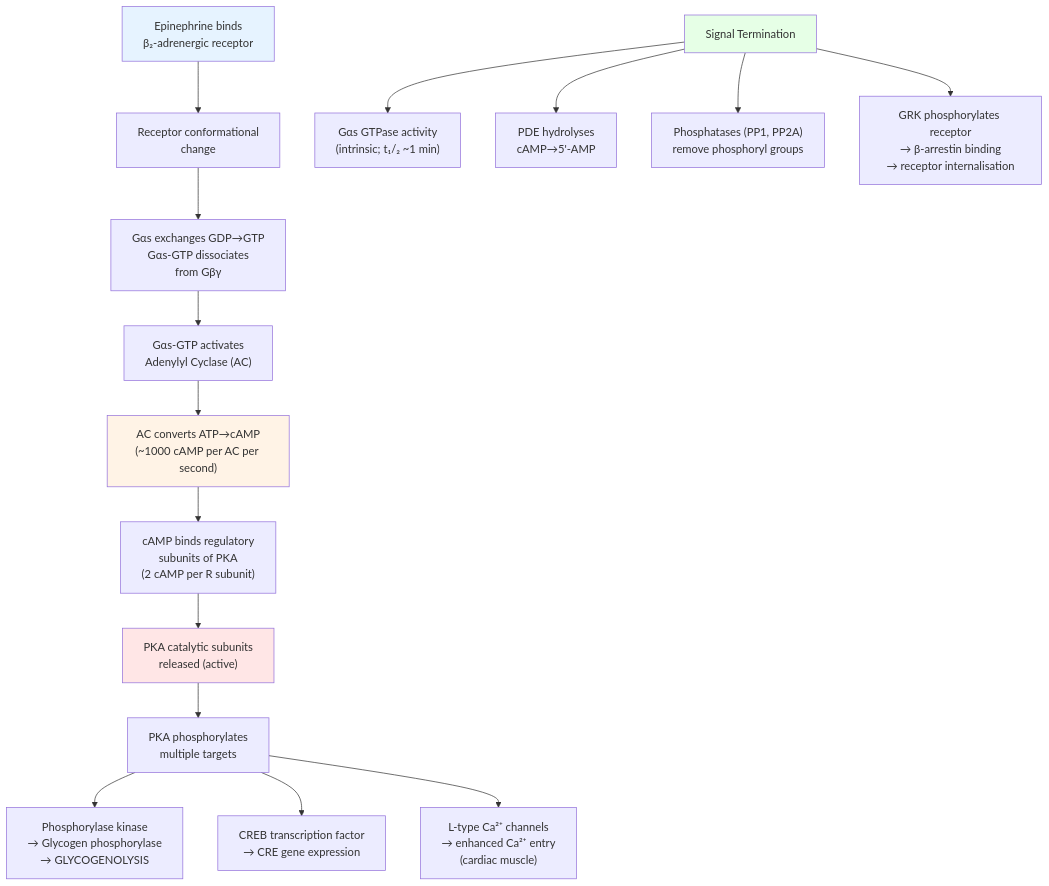
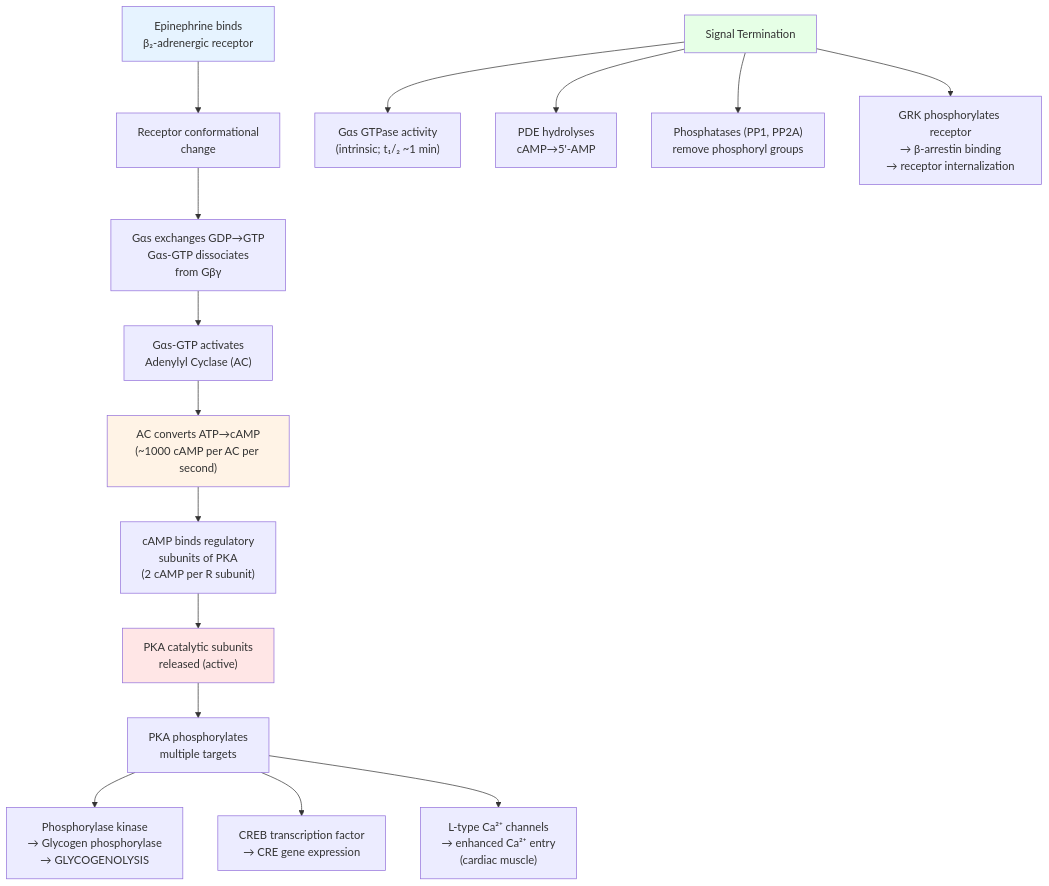
The first of 5 diagrams in manuscript/unit_II/cell_signaling.md (docxology/biology_textbook), drawn with Mermaid before and after one commit. The commit also changed other lines of this file and 247 other files, not shown here.

````diff
--- a/manuscript/unit_II/cell_signaling.md
+++ b/manuscript/unit_II/cell_signaling.md
@@ -242,24 +243,24 @@
 ```mermaid
 flowchart TD
     A["Epinephrine binds<br/>β₂-adrenergic receptor"] --> B["Receptor conformational<br/>change"]
     B --> C["Gαs exchanges GDP→GTP<br/>Gαs-GTP dissociates<br/>from Gβγ"]
     C --> D["Gαs-GTP activates<br/>Adenylyl Cyclase (AC)"]
     D --> E["AC converts ATP→cAMP<br/>(~1000 cAMP per AC per second)"]
     E --> F["cAMP binds regulatory<br/>subunits of PKA<br/>(2 cAMP per R subunit)"]
     F --> G["PKA catalytic subunits<br/>released (active)"]
     G --> H["PKA phosphorylates<br/>multiple targets"]
 
     H --> I["Phosphorylase kinase<br/>→ Glycogen phosphorylase<br/>→ GLYCOGENOLYSIS"]
     H --> J["CREB transcription factor<br/>→ CRE gene expression"]
     H --> K["L-type Ca²⁺ channels<br/>→ enhanced Ca²⁺ entry<br/>(cardiac muscle)"]
 
     L["Signal Termination"] --> M["Gαs GTPase activity<br/>(intrinsic; t₁/₂ ~1 min)"]
     L --> N["PDE hydrolyses<br/>cAMP→5'-AMP"]
     L --> O["Phosphatases (PP1, PP2A)<br/>remove phosphoryl groups"]
-    L --> P["GRK phosphorylates receptor<br/>→ β-arrestin binding<br/>→ receptor internalisation"]
+    L --> P["GRK phosphorylates receptor<br/>→ β-arrestin binding<br/>→ receptor internalization"]
 
     style A fill:#e6f3ff
     style E fill:#fff3e6
     style G fill:#ffe6e6
     style L fill:#e6ffe6
 ```
````
